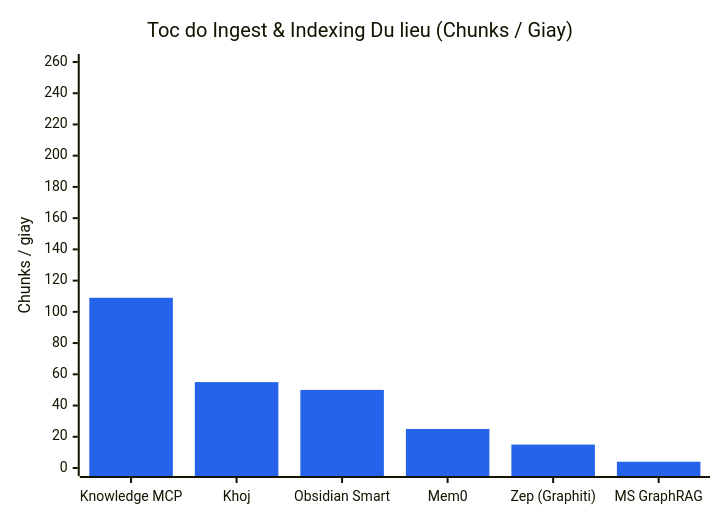
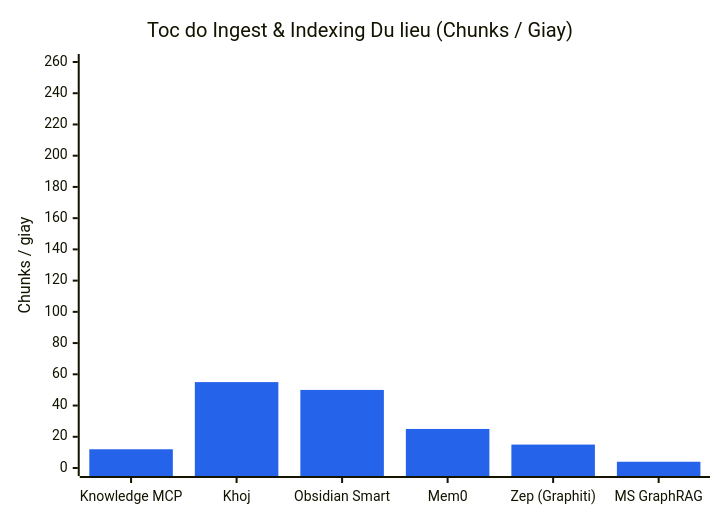
Before and after one commit to congtuuit/knowledge-mcp: the second of 5 diagrams in BENCHMARK_REPORT.md, drawn with Mermaid. The commit also changed other lines of this file and 5 other files, not shown here.

````diff
--- a/BENCHMARK_REPORT.md
+++ b/BENCHMARK_REPORT.md
@@ -53,8 +53,8 @@
 ```mermaid
 %%{init: { "themeVariables": { "xyChart": { "plotColorPalette": "#2563eb" } } } }%%
 xychart-beta
     title "Toc do Ingest & Indexing Du lieu (Chunks / Giay)"
     x-axis ["Knowledge MCP", "Khoj", "Obsidian Smart", "Mem0", "Zep (Graphiti)", "MS GraphRAG"]
     y-axis "Chunks / giay" 0 --> 260
-    bar [109, 55, 50, 25, 15, 4]
+    bar [12, 55, 50, 25, 15, 4]
 ```
````
